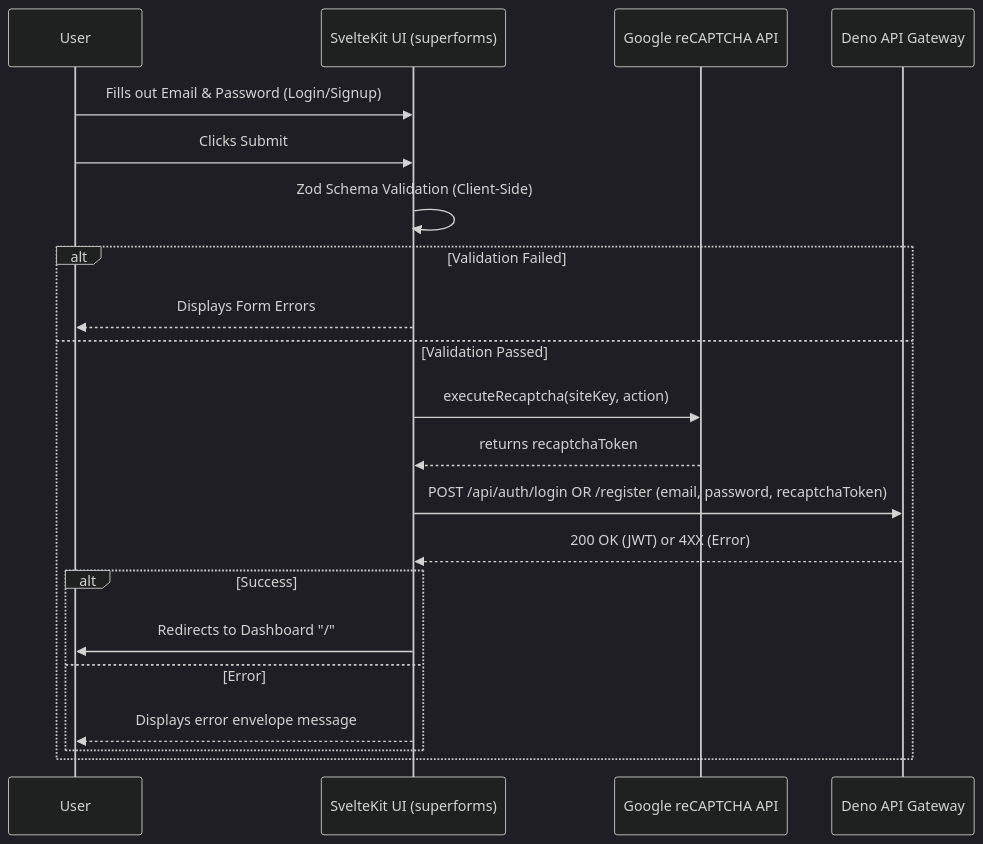
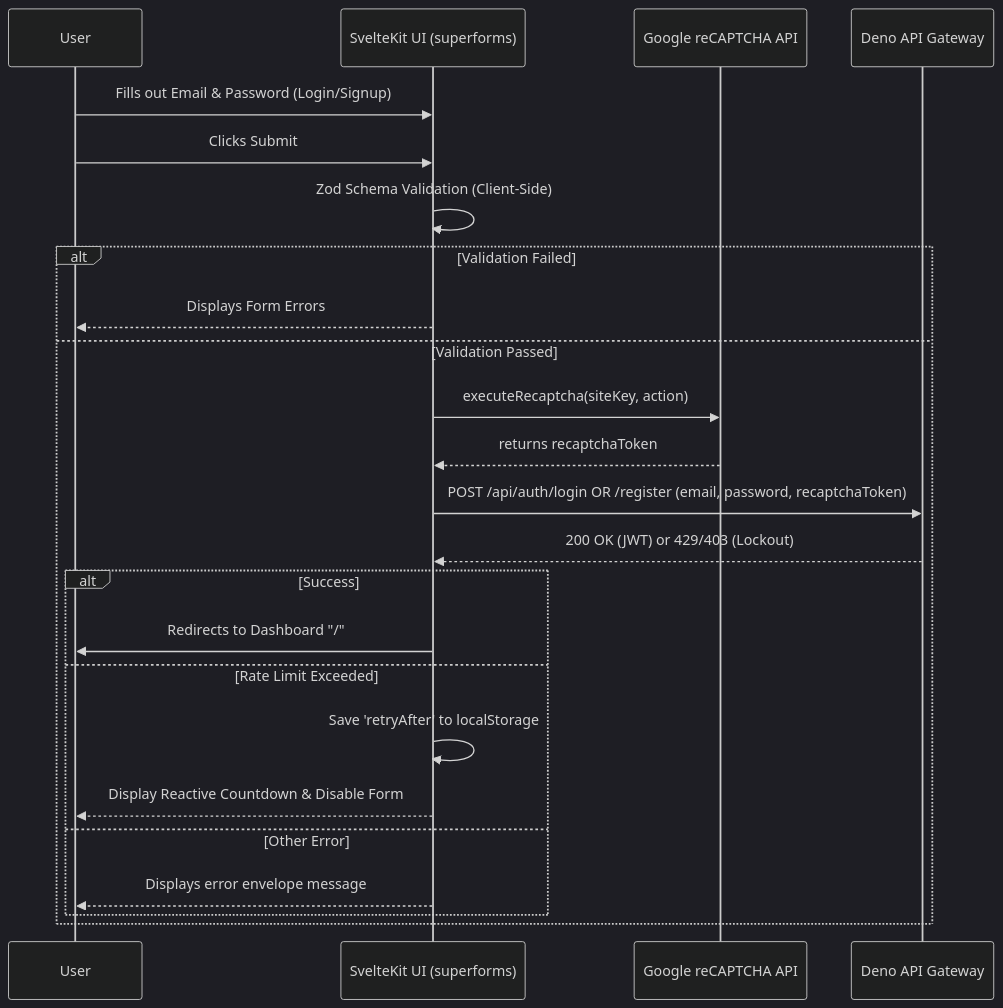
The diagram in ai/docs/frontend/auth-ui.md (kanzhamada/Dokyudo), drawn with Mermaid (dark theme) before and after one commit. The commit also changed other lines of this file and 11 other files, not shown here.

Commit message:
[feat] rate limit login & register (ip/user agent/email)

````diff
--- a/ai/docs/frontend/auth-ui.md
+++ b/ai/docs/frontend/auth-ui.md
@@ -16,24 +23,27 @@
 ```mermaid
 sequenceDiagram
     participant User
     participant Frontend as SvelteKit UI (superforms)
     participant reCAPTCHA as Google reCAPTCHA API
     participant Backend as Deno API Gateway
 
     User->>Frontend: Fills out Email & Password (Login/Signup)
     User->>Frontend: Clicks Submit
     Frontend->>Frontend: Zod Schema Validation (Client-Side)
     alt Validation Failed
         Frontend-->>User: Displays Form Errors
     else Validation Passed
         Frontend->>reCAPTCHA: executeRecaptcha(siteKey, action)
         reCAPTCHA-->>Frontend: returns recaptchaToken
         Frontend->>Backend: POST /api/auth/login OR /register (email, password, recaptchaToken)
-        Backend-->>Frontend: 200 OK (JWT) or 4XX (Error)
+        Backend-->>Frontend: 200 OK (JWT) or 429/403 (Lockout)
         alt Success
             Frontend->>User: Redirects to Dashboard "/"
-        else Error
+        else Rate Limit Exceeded
+            Frontend->>Frontend: Save 'retryAfter' to localStorage
+            Frontend-->>User: Display Reactive Countdown & Disable Form
+        else Other Error
             Frontend-->>User: Displays error envelope message
         end
     end
 ```
````
